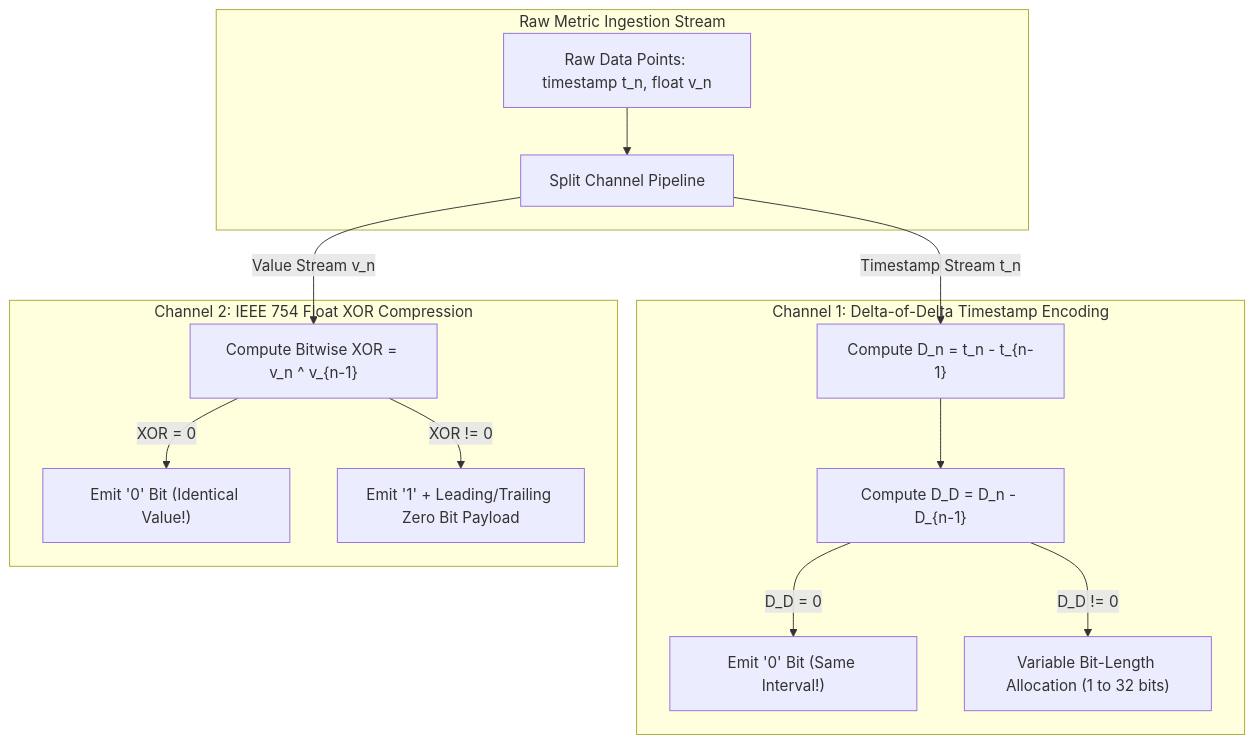
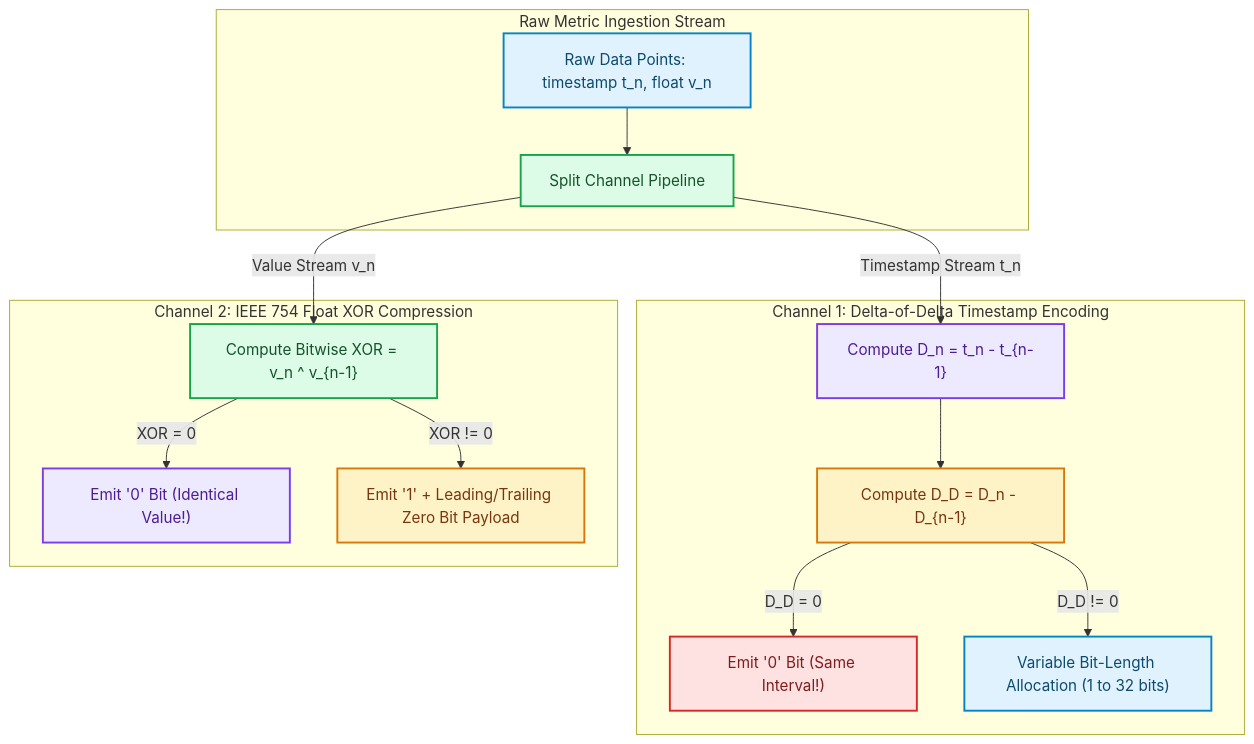
The diagram in blog/posts/time-series-compression-gorilla-xor-delta-timestamps.md (akmalkhaniub/akmalkhaniub.github.io), drawn with Mermaid before and after one commit. The commit also changed other lines of this file and 1291 other files, not shown here.

First line of the commit message:
feat(catalog): unique covers, scholarly references, and diagram palettes

````diff
--- a/blog/posts/time-series-compression-gorilla-xor-delta-timestamps.md
+++ b/blog/posts/time-series-compression-gorilla-xor-delta-timestamps.md
@@ -21,19 +21,30 @@
 ```mermaid
 flowchart TD
   subgraph SG1_RawMetricIngestion ["Raw Metric Ingestion Stream"]
-    Raw[Raw Data Points: timestamp t_n, float v_n] --> Split[Split Channel Pipeline]
+    Raw["Raw Data Points: timestamp t_n, float v_n"] --> Split["Split Channel Pipeline"]
   end
   
   subgraph SG2_Channel1Delta ["Channel 1: Delta-of-Delta Timestamp Encoding"]
     Split -->|Timestamp Stream t_n| Timedelta["Compute D_n = t_n - t_{n-1}"]
     Timedelta --> DeltaDelta["Compute D_D = D_n - D_{n-1}"]
     DeltaDelta -->|D_D = 0| BitZero["Emit '0' Bit (Same Interval!)"]
     DeltaDelta -->|D_D != 0| BitPacked["Variable Bit-Length Allocation (1 to 32 bits)"]
   end
   
   subgraph SG3_Channel2Ieee ["Channel 2: IEEE 754 Float XOR Compression"]
     Split -->|Value Stream v_n| XORVal["Compute Bitwise XOR = v_n ^ v_{n-1}"]
     XORVal -->|XOR = 0| ValueZero["Emit '0' Bit (Identical Value!)"]
     XORVal -->|XOR != 0| BitXOR["Emit '1' + Leading/Trailing Zero Bit Payload"]
   end
+
+classDef green fill:#dcfce7,stroke:#16a34a,stroke-width:2px,color:#14532d;
+classDef red fill:#fee2e2,stroke:#dc2626,stroke-width:2px,color:#7f1d1d;
+classDef blue fill:#e0f2fe,stroke:#0284c7,stroke-width:2px,color:#0c4a6e;
+classDef yellow fill:#fef3c7,stroke:#d97706,stroke-width:2px,color:#78350f;
+classDef purple fill:#ede9fe,stroke:#7c3aed,stroke-width:2px,color:#4c1d95;
+class Raw,BitPacked blue
+class Split,XORVal green
+class Timedelta,ValueZero purple
+class DeltaDelta,BitXOR yellow
+class BitZero red
 ```
````
